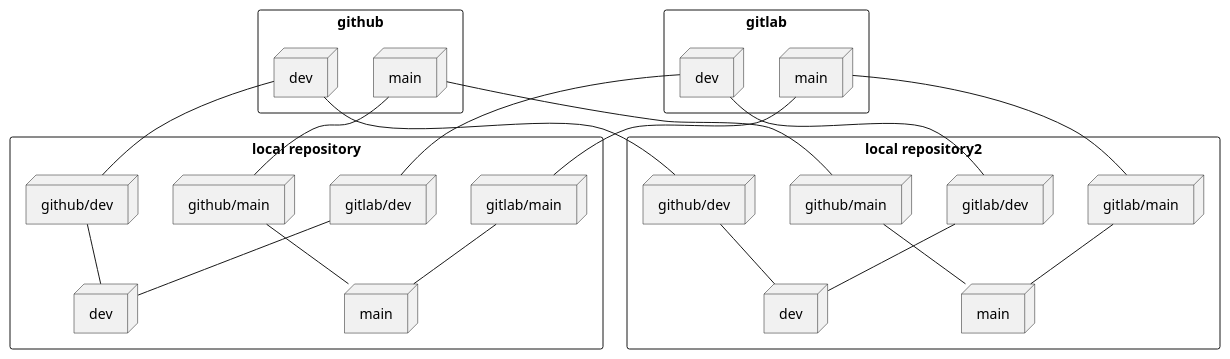
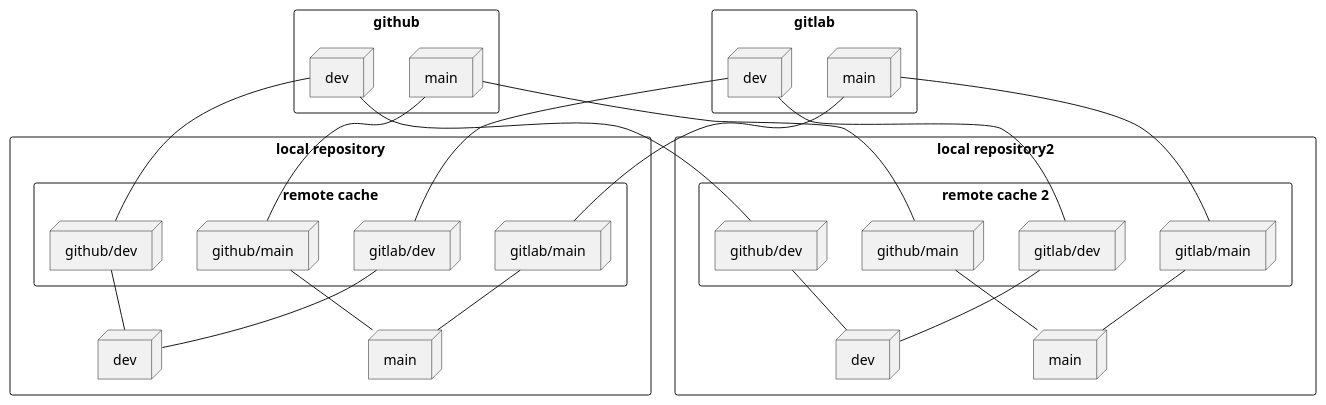
The diagram in uml/5.all-at-once.plantuml (pochangl/github_basic), drawn with PlantUML before and after one commit. The commit also changed 4 other files, not shown here.

```diff
--- a/uml/5.all-at-once.plantuml
+++ b/uml/5.all-at-once.plantuml
@@ -1,49 +1,53 @@
 @startuml name
 rectangle github {
     node main as github_main
     node dev as github_dev
 }
 
 rectangle gitlab {
     node main as gitlab_main
     node dev as gitlab_dev
 }
 
 rectangle "local repository" {
-    node "github/main" as gh_main1
-    node "github/dev" as gh_dev1
-    node "gitlab/main" as gl_main1
-    node "gitlab/dev" as gl_dev1
+    rectangle "remote cache" {
+        node "github/main" as gh_main1
+        node "github/dev" as gh_dev1
+        node "gitlab/main" as gl_main1
+        node "gitlab/dev" as gl_dev1
+    }
     node main as main1
     node dev as dev1
 }
 rectangle "local repository2" {
-    node "github/main" as gh_main2
-    node "github/dev" as gh_dev2
-    node "gitlab/main" as gl_main2
-    node "gitlab/dev" as gl_dev2
+    rectangle "remote cache 2" {
+        node "github/main" as gh_main2
+        node "github/dev" as gh_dev2
+        node "gitlab/main" as gl_main2
+        node "gitlab/dev" as gl_dev2
+    }
     node main as main2
     node dev as dev2
 }
 
 github_main -- gh_main1
 gh_main1 -- main1
 github_dev -- gh_dev1
 gh_dev1 -- dev1
 
 gitlab_main -- gl_main1
 gl_main1 -- main1
 gitlab_dev -- gl_dev1
 gl_dev1 -- dev1
 
 
 github_main -- gh_main2
 gh_main2 -- main2
 github_dev -- gh_dev2
 gh_dev2 -- dev2
 
 gitlab_main -- gl_main2
 gl_main2 -- main2
 gitlab_dev -- gl_dev2
 gl_dev2 -- dev2
 @enduml
```
